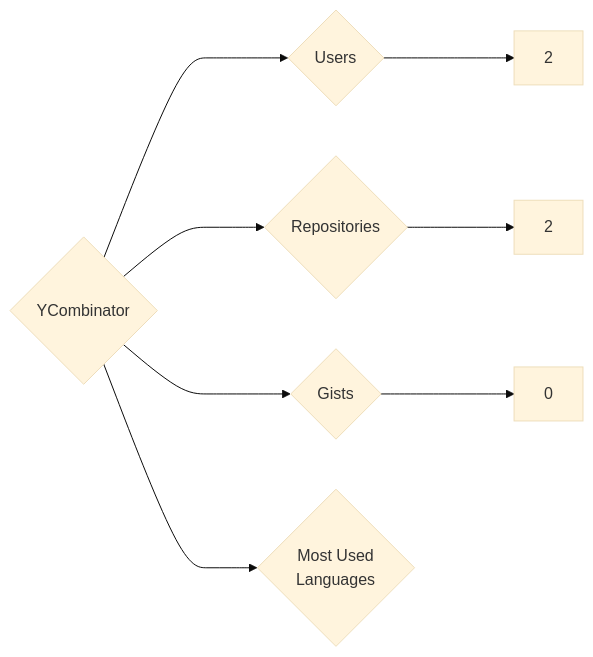
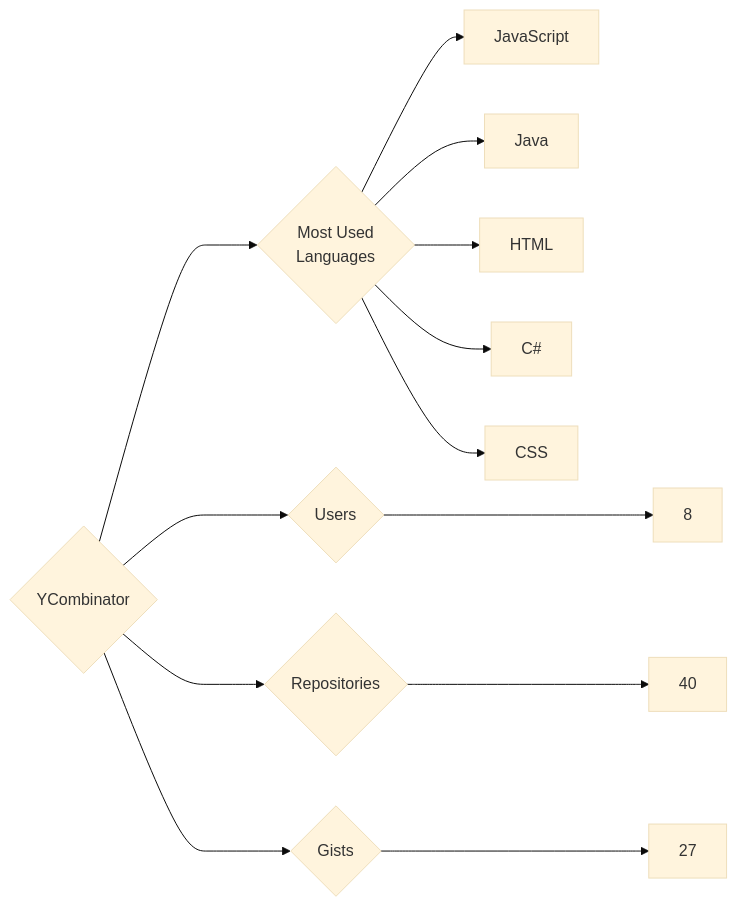
Before and after one commit to trickest/insiders: the diagram in targets/YCombinator/README.md, drawn with Mermaid (base theme). The commit also changed 1696 other files, not shown here.

````diff
--- a/targets/YCombinator/README.md
+++ b/targets/YCombinator/README.md
@@ -3,8 +3,13 @@
 ```mermaid
 graph LR
 COMPANY_NAME{YCombinator}
-COMPANY_NAME ---> U{Users} ---> UN[2]
-COMPANY_NAME ---> R{Repositories} ---> RN[2]
-COMPANY_NAME ---> G{Gists} ---> GN[0]
+COMPANY_NAME ---> U{Users} ---> UN[8]
+COMPANY_NAME ---> R{Repositories} ---> RN[40]
+COMPANY_NAME ---> G{Gists} ---> GN[27]
 COMPANY_NAME ---> ML{Most Used<br>Languages}
+ML --> JavaScript[JavaScript]
+ML --> Java[Java]
+ML --> HTML[HTML]
+ML --> C#[C#]
+ML --> CSS[CSS]
 ```
````
